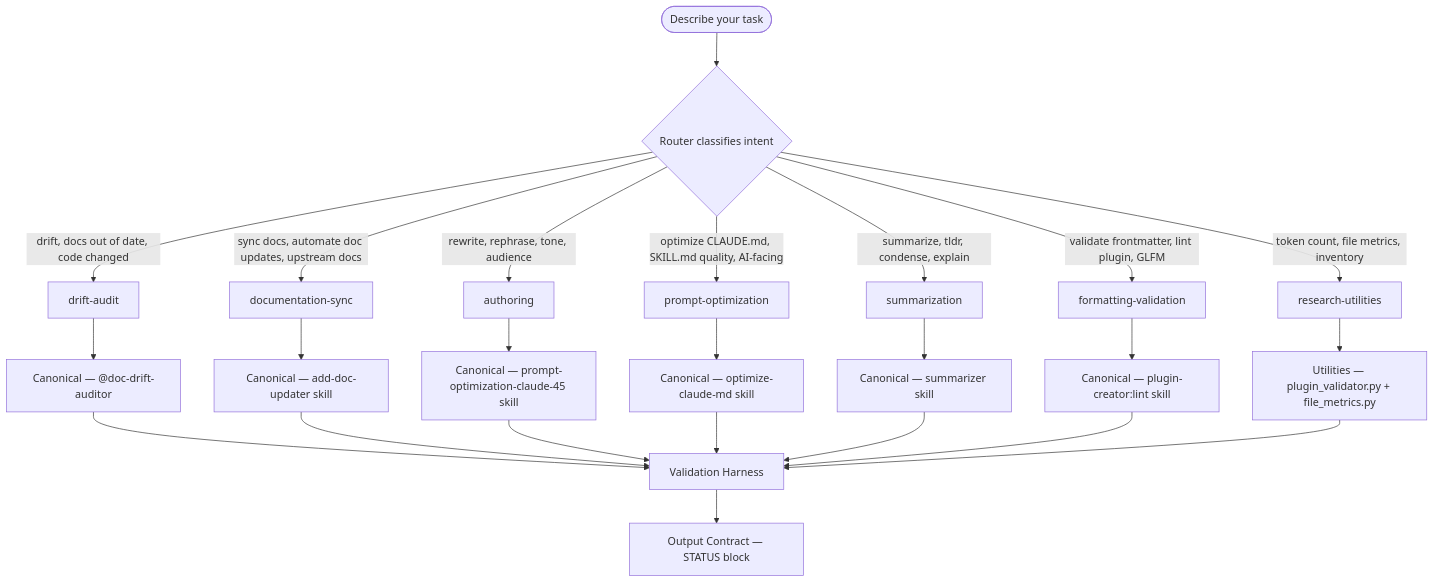
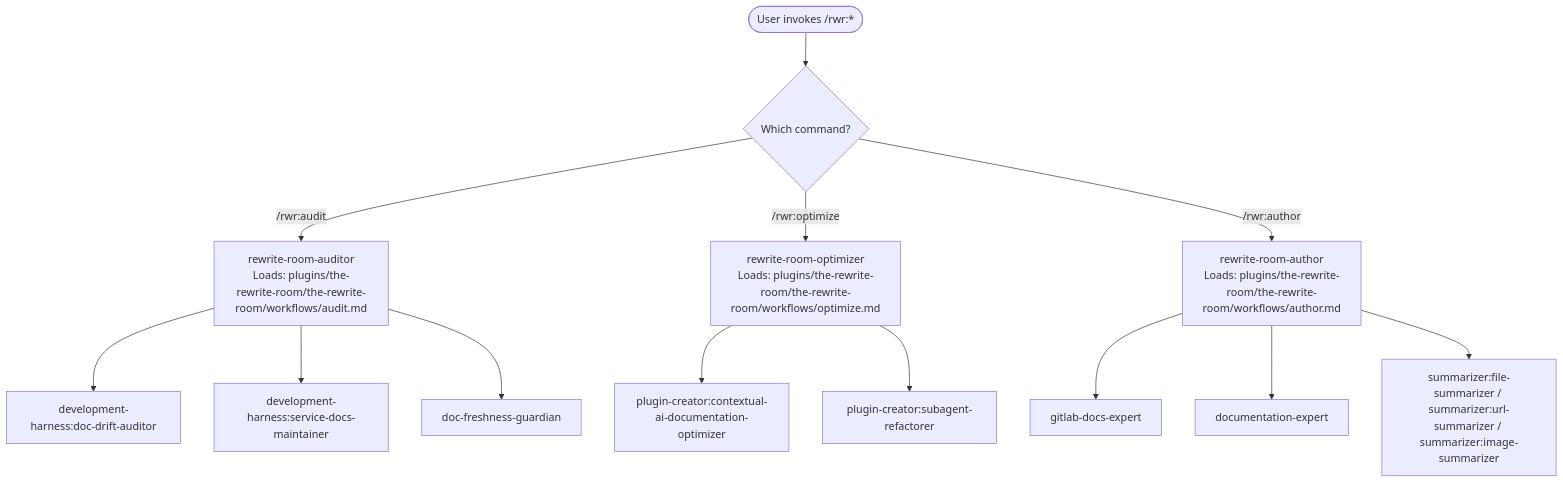
Before and after one commit to chgreer1070/claude_skills: the diagram in plugins/the-rewrite-room/skills/the-rewrite-room/SKILL.md, drawn with Mermaid. The commit also changed other lines of this file and 49 other files, not shown here.

First line of the commit message:
refactor(the-rewrite-room): rebuild as lightweight routing orchestrator

````diff
--- a/plugins/the-rewrite-room/skills/the-rewrite-room/SKILL.md
+++ b/plugins/the-rewrite-room/skills/the-rewrite-room/SKILL.md
@@ -31,30 +29,15 @@
 ```mermaid
 flowchart TD
-    Start([Describe your task]) --> R{Router classifies intent}
-
-    R -->|drift, docs out of date, code changed| DA[drift-audit]
-    R -->|sync docs, automate doc updates, upstream docs| DS[documentation-sync]
-    R -->|rewrite, rephrase, tone, audience| AU[authoring]
-    R -->|optimize CLAUDE.md, SKILL.md quality, AI-facing| PO[prompt-optimization]
-    R -->|summarize, tldr, condense, explain| SU[summarization]
-    R -->|validate frontmatter, lint plugin, GLFM| FV[formatting-validation]
-    R -->|token count, file metrics, inventory| RU[research-utilities]
-
-    DA --> DA_C[Canonical — @doc-drift-auditor]
-    DS --> DS_C[Canonical — add-doc-updater skill]
-    AU --> AU_C[Canonical — prompt-optimization-claude-45 skill]
-    PO --> PO_C[Canonical — optimize-claude-md skill]
-    SU --> SU_C[Canonical — summarizer skill]
-    FV --> FV_C[Canonical — plugin-creator:lint skill]
-    RU --> RU_C[Utilities — plugin_validator.py + file_metrics.py]
-
-    DA_C --> V[Validation Harness]
-    DS_C --> V
-    AU_C --> V
-    PO_C --> V
-    SU_C --> V
-    FV_C --> V
-    RU_C --> V
-
-    V --> OC[Output Contract — STATUS block]
+    User([User invokes /rwr:*]) --> Q{Which command?}
+    Q -->|/rwr:audit| Audit[rewrite-room-auditor\nLoads: plugins/the-rewrite-room/the-rewrite-room/workflows/audit.md]
+    Q -->|/rwr:optimize| Opt[rewrite-room-optimizer\nLoads: plugins/the-rewrite-room/the-rewrite-room/workflows/optimize.md]
+    Q -->|/rwr:author| Auth[rewrite-room-author\nLoads: plugins/the-rewrite-room/the-rewrite-room/workflows/author.md]
+    Audit --> A1[development-harness:doc-drift-auditor]
+    Audit --> A2[development-harness:service-docs-maintainer]
+    Audit --> A3[doc-freshness-guardian]
+    Opt --> O1[plugin-creator:contextual-ai-documentation-optimizer]
+    Opt --> O2[plugin-creator:subagent-refactorer]
+    Auth --> B1[gitlab-docs-expert]
+    Auth --> B2[documentation-expert]
+    Auth --> B3[summarizer:file-summarizer / summarizer:url-summarizer / summarizer:image-summarizer]
 ```
````
